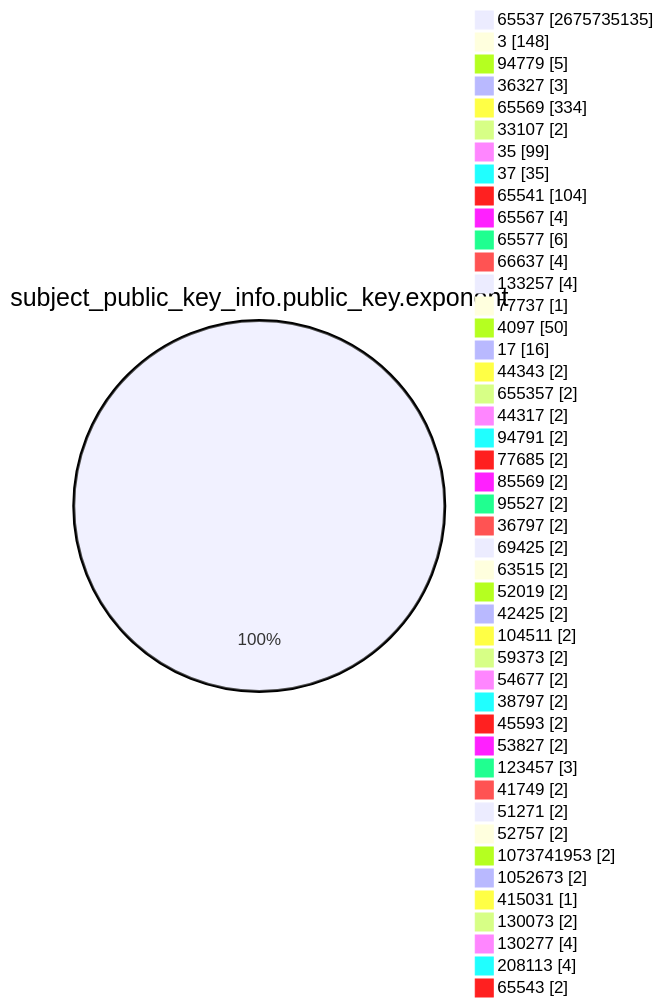
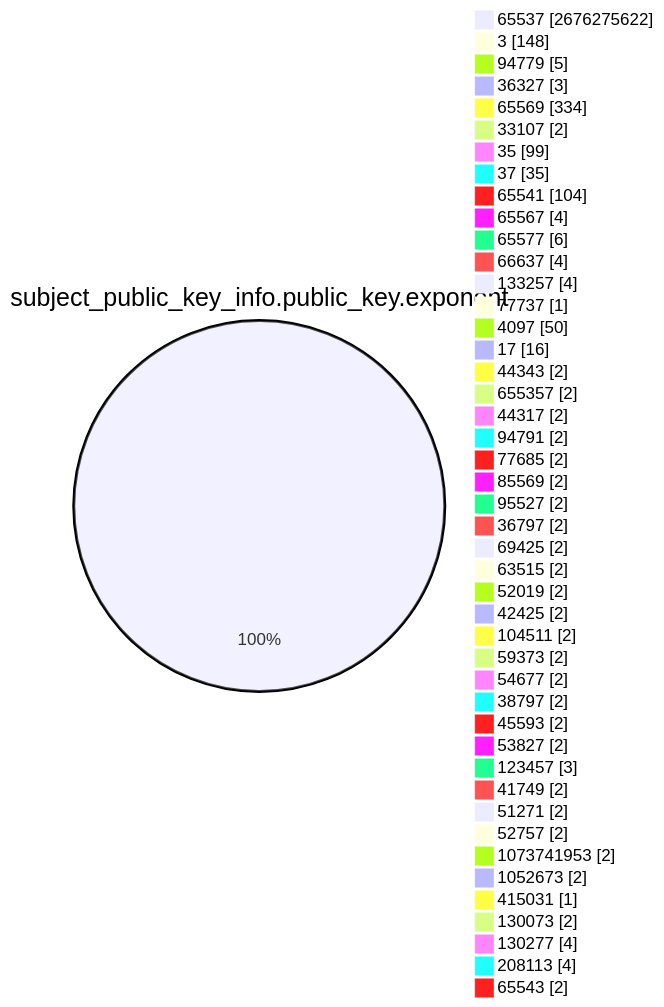
Before and after one commit to christiankrug/ctmonitor_visualization: the fourth of 15 diagrams in TOTAL/README.md, drawn with Mermaid. The commit also changed other lines of this file, not shown here.

````diff
--- a/TOTAL/README.md
+++ b/TOTAL/README.md
@@ -1467,49 +1467,49 @@
 ```mermaid
 pie showData
 title subject_public_key_info.public_key.exponent
-"65537" :2675735135
+"65537" :2676275622
 "3" :148
 "94779" :5
 "36327" :3
 "65569" :334
 "33107" :2
 "35" :99
 "37" :35
 "65541" :104
 "65567" :4
 "65577" :6
 "66637" :4
 "133257" :4
 "77737" :1
 "4097" :50
 "17" :16
 "44343" :2
 "655357" :2
 "44317" :2
 "94791" :2
 "77685" :2
 "85569" :2
 "95527" :2
 "36797" :2
 "69425" :2
 "63515" :2
 "52019" :2
 "42425" :2
 "104511" :2
 "59373" :2
 "54677" :2
 "38797" :2
 "45593" :2
 "53827" :2
 "123457" :3
 "41749" :2
 "51271" :2
 "52757" :2
 "1073741953" :2
 "1052673" :2
 "415031" :1
 "130073" :2
 "130277" :4
 "208113" :4
 "65543" :2
 ```
````
